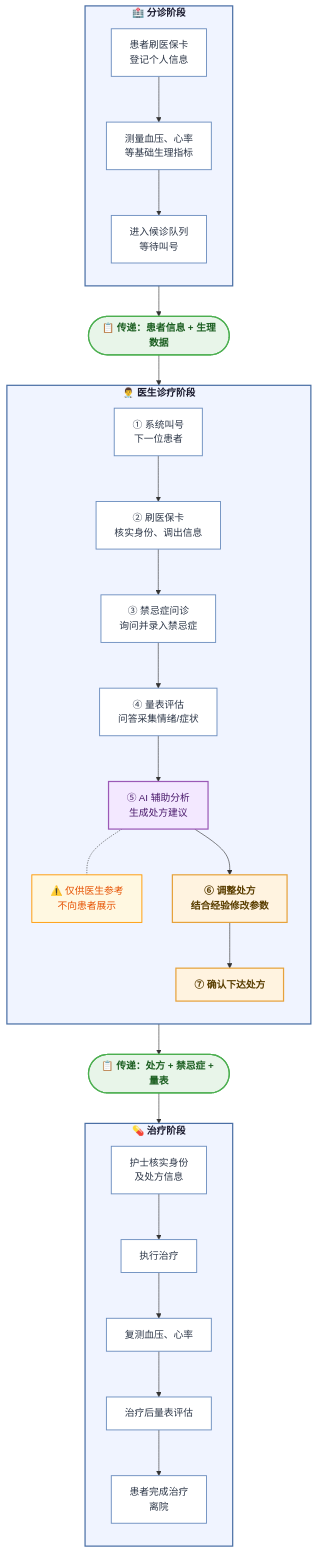
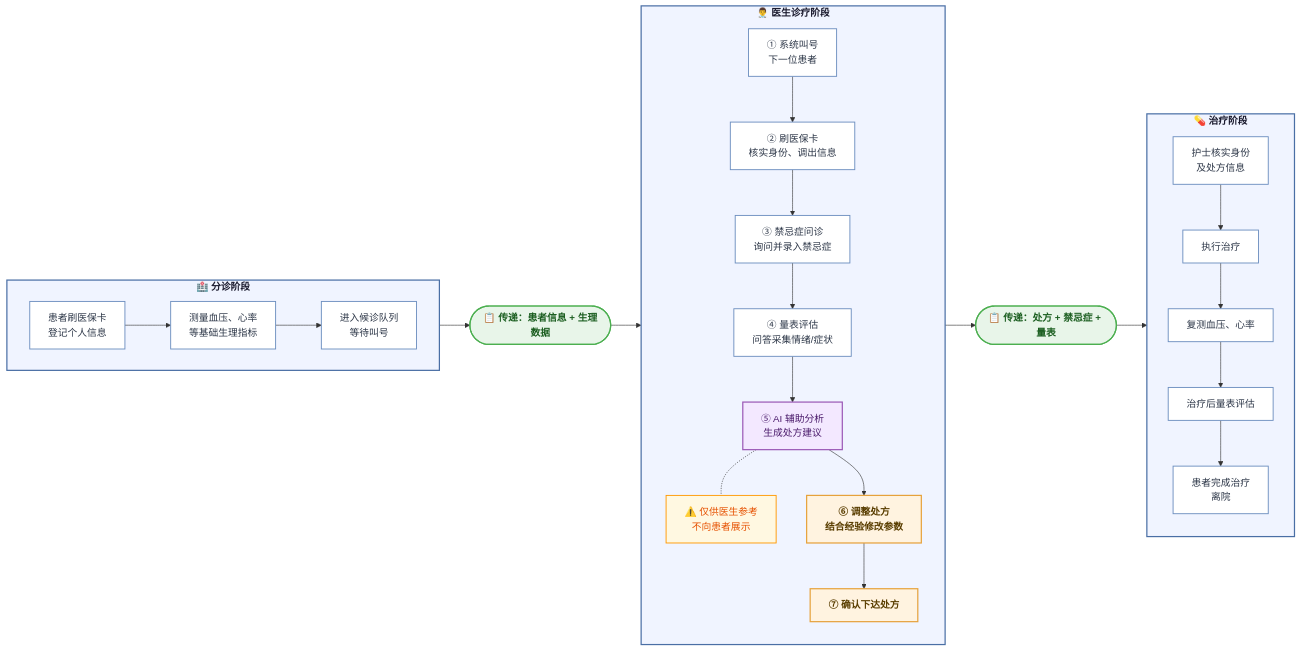
One commit to bigblackLee123/his-code-as-design changed the first of 2 diagrams in doc/汇报/3.23/医生-患者流程图.md. Above: the diagram before and after it, drawn with Mermaid. The commit also changed other lines of this file and 117 other files, not shown here.

````diff
--- a/doc/汇报/3.23/医生-患者流程图.md
+++ b/doc/汇报/3.23/医生-患者流程图.md
@@ -9,64 +9,64 @@
 ```mermaid
-flowchart TD
+flowchart LR
     %% ── 样式定义 ──
     classDef phase fill:#f0f4ff,stroke:#4a6fa5,stroke-width:2px,color:#1a1a2e,font-weight:bold
     classDef step fill:#ffffff,stroke:#6c8ebf,stroke-width:1.5px,color:#2d3748
     classDef key fill:#fff3e0,stroke:#e6a23c,stroke-width:2px,color:#5a3e00,font-weight:bold
     classDef ai fill:#f3e8ff,stroke:#9b59b6,stroke-width:2px,color:#4a1a6b
     classDef transfer fill:#e8f5e9,stroke:#4caf50,stroke-width:2px,color:#1b5e20,font-weight:bold
     classDef warn fill:#fff8e1,stroke:#ff9800,stroke-width:1.5px,color:#e65100
 
     %% ══════════════ 分诊阶段 ══════════════
     subgraph TRIAGE ["🏥 分诊阶段"]
-        direction TB
-        T1["患者刷医保卡\n登记个人信息"]:::step
-        T2["测量血压、心率\n等基础生理指标"]:::step
-        T3["进入候诊队列\n等待叫号"]:::step
+        direction LR
+        T1["患者刷医保卡<br>登记个人信息"]:::step
+        T2["测量血压、心率<br>等基础生理指标"]:::step
+        T3["进入候诊队列<br>等待叫号"]:::step
         T1 --> T2 --> T3
     end
     TRIAGE:::phase
 
     %% ══════════════ 数据传递 ══════════════
     T3 --> DATA1
 
     DATA1(["📋 传递：患者信息 + 生理数据"]):::transfer
 
     DATA1 --> D1
 
     %% ══════════════ 医生诊疗阶段 ══════════════
     subgraph DOCTOR ["👨‍⚕️ 医生诊疗阶段"]
         direction TB
-        D1["① 系统叫号\n下一位患者"]:::step
-        D2["② 刷医保卡\n核实身份、调出信息"]:::step
-        D3["③ 禁忌症问诊\n询问并录入禁忌症"]:::step
-        D4["④ 量表评估\n问答采集情绪/症状"]:::step
-        D5["⑤ AI 辅助分析\n生成处方建议"]:::ai
-        D5N["⚠️ 仅供医生参考\n不向患者展示"]:::warn
-        D6["⑥ 调整处方\n结合经验修改参数"]:::key
+        D1["① 系统叫号<br>下一位患者"]:::step
+        D2["② 刷医保卡<br>核实身份、调出信息"]:::step
+        D3["③ 禁忌症问诊<br>询问并录入禁忌症"]:::step
+        D4["④ 量表评估<br>问答采集情绪/症状"]:::step
+        D5["⑤ AI 辅助分析<br>生成处方建议"]:::ai
+        D5N["⚠️ 仅供医生参考<br>不向患者展示"]:::warn
+        D6["⑥ 调整处方<br>结合经验修改参数"]:::key
         D7["⑦ 确认下达处方"]:::key
 
         D1 --> D2 --> D3 --> D4 --> D5
         D5 -.- D5N
         D5 --> D6 --> D7
     end
     DOCTOR:::phase
 
     %% ══════════════ 数据传递 ══════════════
     D7 --> DATA2
 
     DATA2(["📋 传递：处方 + 禁忌症 + 量表"]):::transfer
 
     DATA2 --> TR1
 
     %% ══════════════ 治疗阶段 ══════════════
     subgraph TREAT ["💊 治疗阶段"]
         direction TB
-        TR1["护士核实身份\n及处方信息"]:::step
+        TR1["护士核实身份<br>及处方信息"]:::step
         TR2["执行治疗"]:::step
         TR3["复测血压、心率"]:::step
         TR4["治疗后量表评估"]:::step
-        TR5["患者完成治疗\n离院"]:::step
+        TR5["患者完成治疗<br>离院"]:::step
         TR1 --> TR2 --> TR3 --> TR4 --> TR5
     end
     TREAT:::phase
 ```
````
